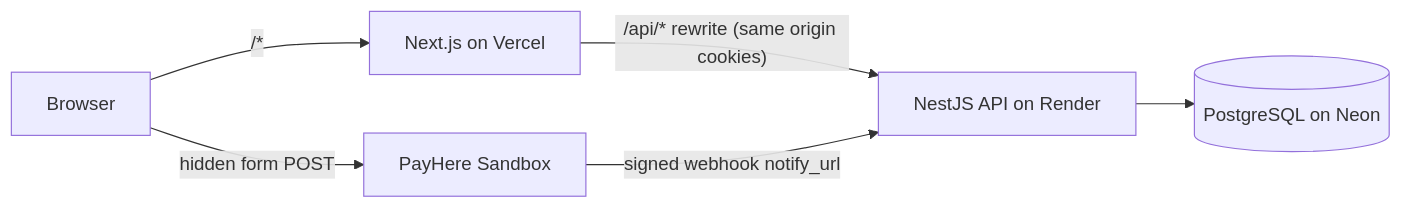
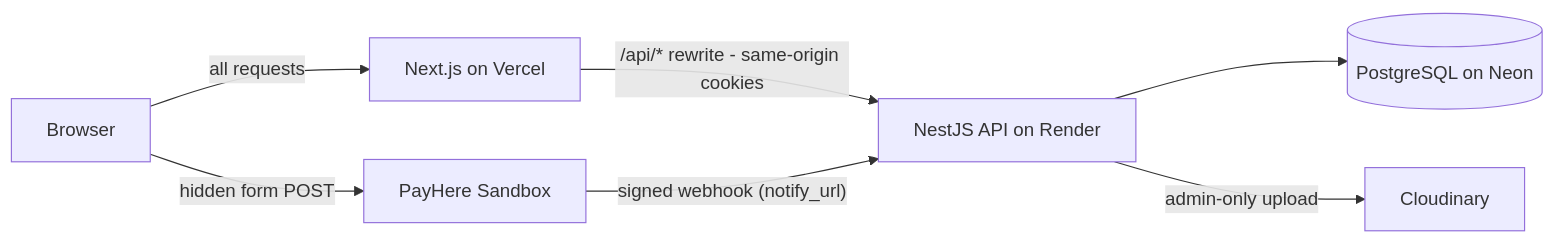
One commit to senura-medagoda/meal-rush-ordering-platform changed the first of 4 diagrams in README.md. Above: the diagram before and after it, drawn with Mermaid. The commit also changed other lines of this file, not shown here.

````diff
--- a/README.md
+++ b/README.md
@@ -35,8 +132,9 @@
 ```mermaid
 flowchart LR
-  B[Browser] -->|"/*"| V[Next.js on Vercel]
-  V -->|"/api/* rewrite (same origin cookies)"| A[NestJS API on Render]
+  B[Browser] -->|"all requests"| V[Next.js on Vercel]
+  V -->|"/api/* rewrite - same-origin cookies"| A[NestJS API on Render]
   A --> D[(PostgreSQL on Neon)]
-  B -->|hidden form POST| P[PayHere Sandbox]
-  P -->|signed webhook notify_url| A
+  A -->|"admin-only upload"| C[Cloudinary]
+  B -->|"hidden form POST"| P[PayHere Sandbox]
+  P -->|"signed webhook (notify_url)"| A
 ```
````
